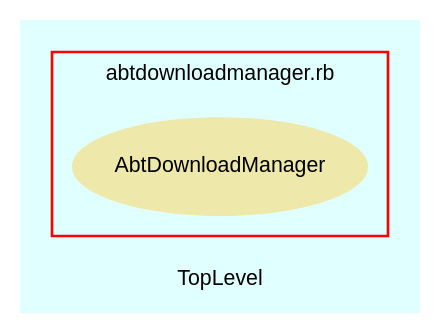
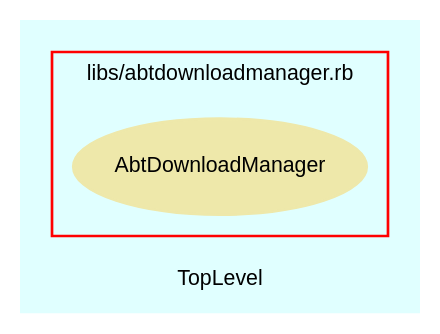
The diagram in src/trunk/doc/dot/f_1.dot (eschabell/abtlinux), drawn with Graphviz before and after one commit. The commit also changed 52 other files, not shown here.

```diff
--- a/src/trunk/doc/dot/f_1.dot
+++ b/src/trunk/doc/dot/f_1.dot
@@ -1,28 +1,28 @@
 digraph TopLevel {
     compound = true
     bgcolor = lightcyan1
     fontname = Arial
     fontsize = 8
     label = "TopLevel"
     node [
         fontname = Arial,
         fontsize = 8,
         color = black
     ]
 
     subgraph cluster_2 {
         fontname = Arial
         color = red
-        label = "abtdownloadmanager.rb"
+        label = "libs/abtdownloadmanager.rb"
         AbtDownloadManager [
             fontcolor = black,
             URL = "classes/AbtDownloadManager.html",
             shape = ellipse,
             color = palegoldenrod,
             style = filled,
             label = "AbtDownloadManager"
         ]
 
     }
 
 }
```
